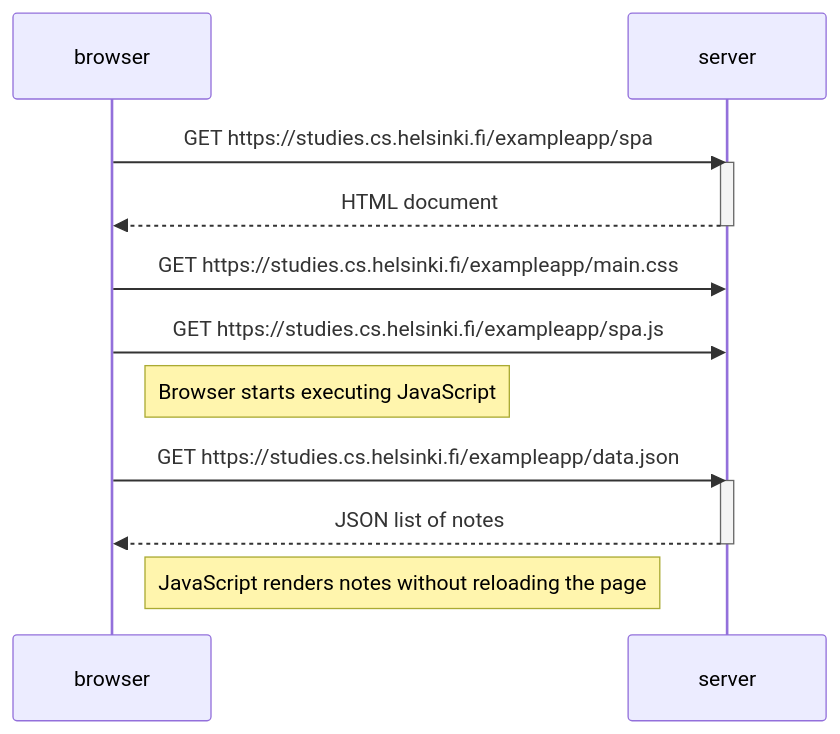
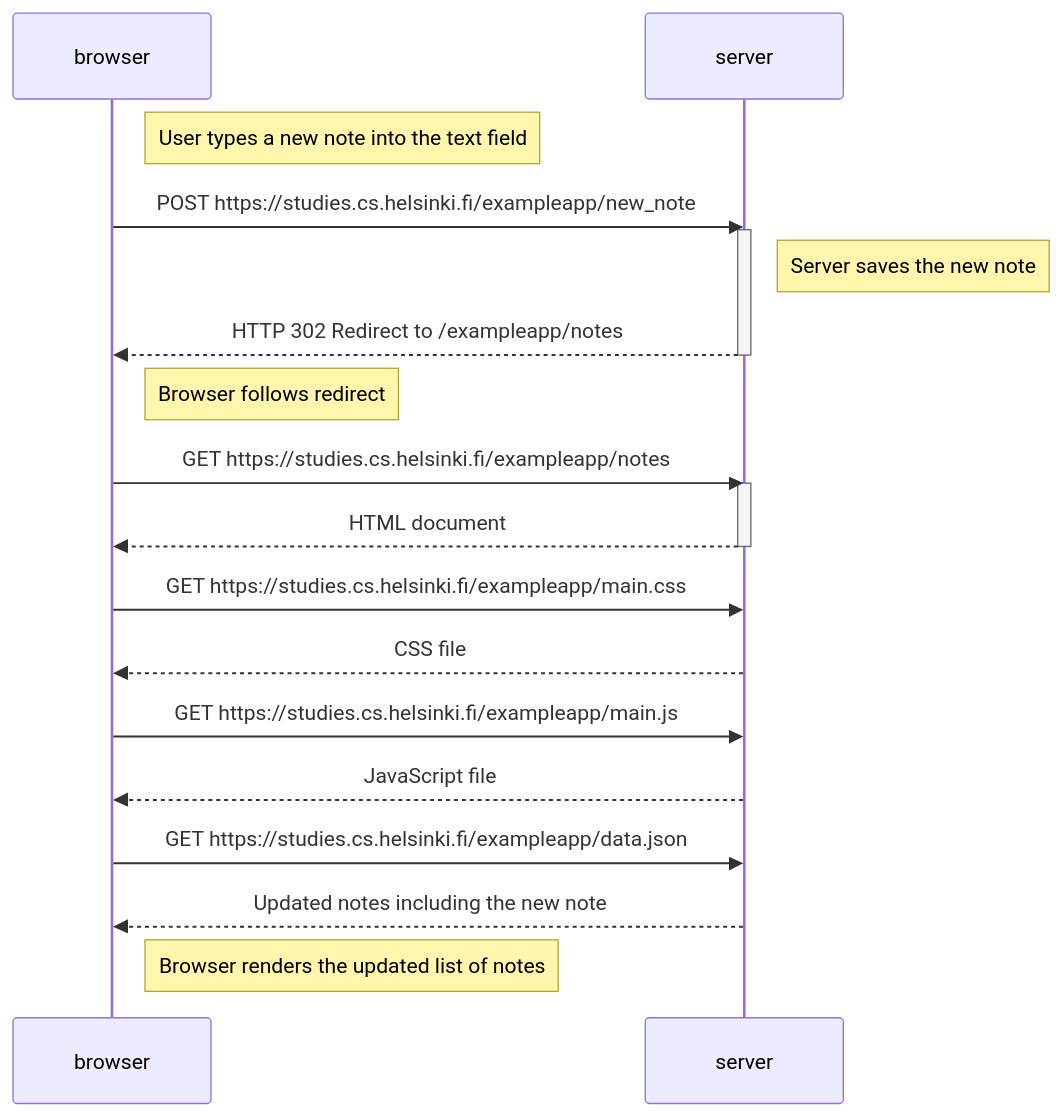
One commit to psa434202-max/fullstack changed the diagram in part 0/0.4.md. Above: the diagram before and after it, drawn with Mermaid. The commit also changed other lines of this file, not shown here.

Commit message:
0.4.md modified

````diff
--- a/part 0/0.4.md
+++ b/part 0/0.4.md
@@ -1,22 +1,31 @@
 ```mermaid
 sequenceDiagram
     participant browser
     participant server
 
-    browser->>server: GET https://studies.cs.helsinki.fi/exampleapp/spa
+    Note right of browser: User types a new note into the text field
+
+    browser->>server: POST https://studies.cs.helsinki.fi/exampleapp/new_note
+    activate server
+    Note right of server: Server saves the new note
+    server-->>browser: HTTP 302 Redirect to /exampleapp/notes
+    deactivate server
+
+    Note right of browser: Browser follows redirect
+
+    browser->>server: GET https://studies.cs.helsinki.fi/exampleapp/notes
     activate server
     server-->>browser: HTML document
     deactivate server
 
     browser->>server: GET https://studies.cs.helsinki.fi/exampleapp/main.css
-    browser->>server: GET https://studies.cs.helsinki.fi/exampleapp/spa.js
+    server-->>browser: CSS file
 
-    Note right of browser: Browser starts executing JavaScript
+    browser->>server: GET https://studies.cs.helsinki.fi/exampleapp/main.js
+    server-->>browser: JavaScript file
 
     browser->>server: GET https://studies.cs.helsinki.fi/exampleapp/data.json
-    activate server
-    server-->>browser: JSON list of notes
-    deactivate server
+    server-->>browser: Updated notes including the new note
 
-    Note right of browser: JavaScript renders notes without reloading the page
+    Note right of browser: Browser renders the updated list of notes
 ```
````
